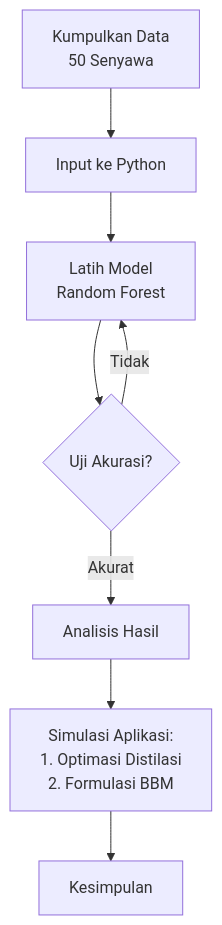
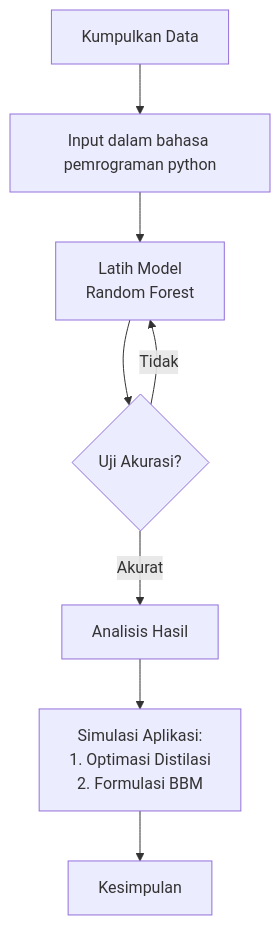
One commit to 1ZeroStorm/Hydrocarbon-with-Machine-Learning changed the second of 2 diagrams in Framework-Bahasa-Indonesia.md. Above: the diagram before and after it, drawn with Mermaid.

````diff
--- a/Framework-Bahasa-Indonesia.md
+++ b/Framework-Bahasa-Indonesia.md
@@ -160,10 +160,10 @@
 ```mermaid
 graph TD
-    A[Kumpulkan Data<br>50 Senyawa] --> B[Input ke Python]
+    A[Kumpulkan Data] --> B[Input dalam bahasa pemrograman python]
     B --> C[Latih Model<br>Random Forest]
     C --> D{Uji Akurasi?}
     D -- Akurat --> E[Analisis Hasil]
     D -- Tidak --> C
     E --> F[Simulasi Aplikasi:<br>1. Optimasi Distilasi<br>2. Formulasi BBM]
     F --> G[Kesimpulan]
 ```
````
